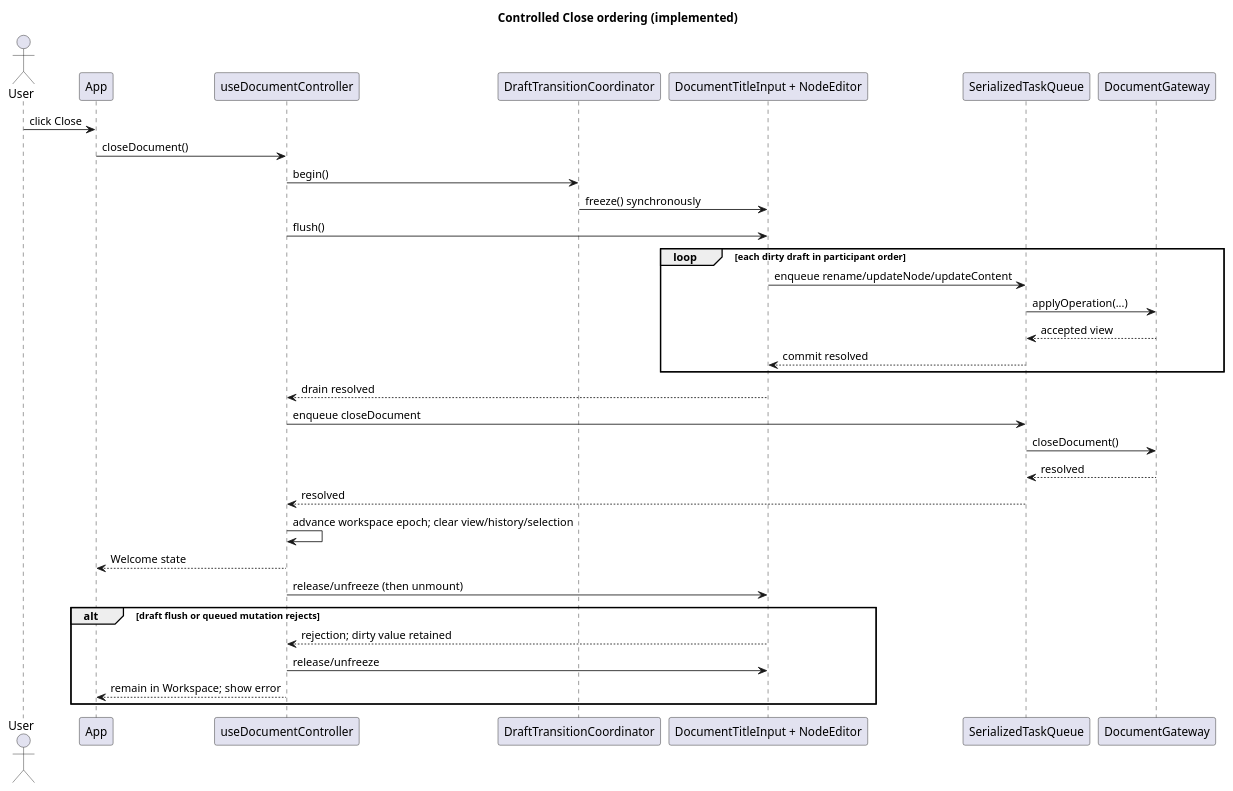
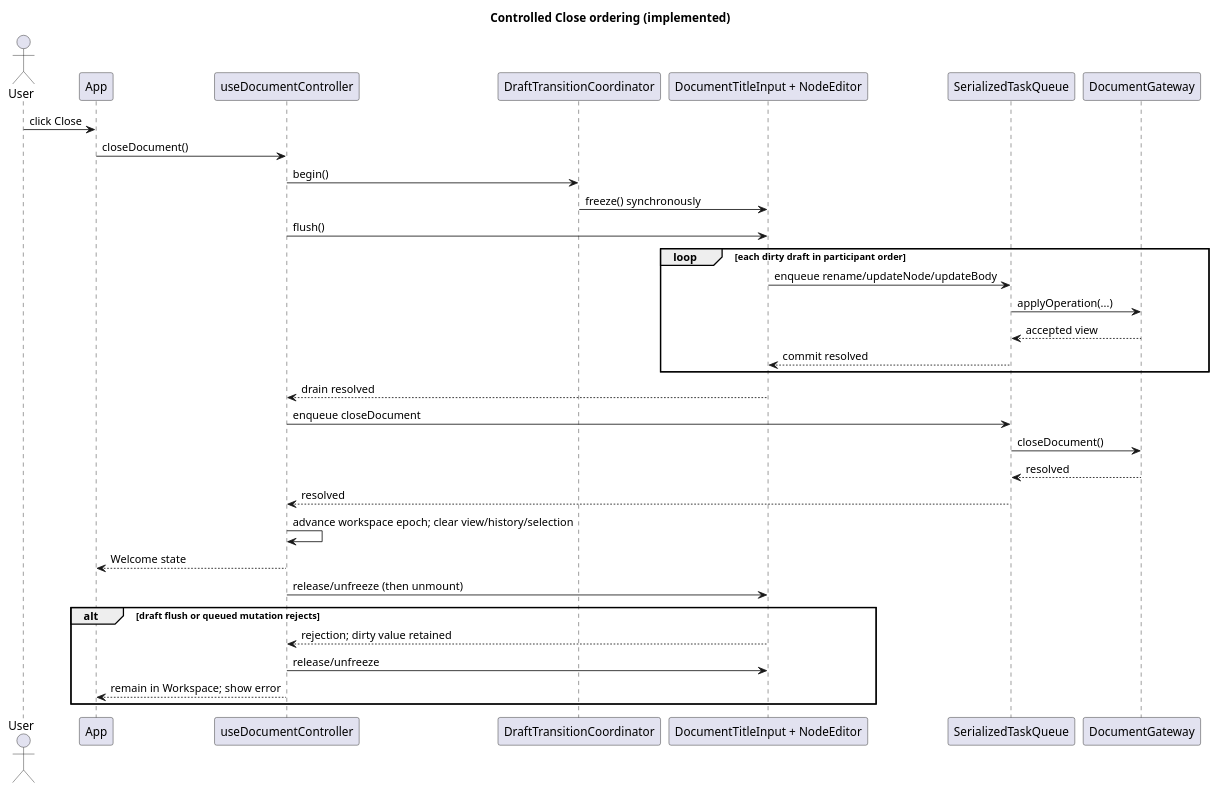
Before and after one commit to benoit-gl/coedit: diagram 11 of 13 in docs/SEQUENCE_DIAGRAMS.md, drawn with PlantUML. The commit also changed other lines of this file and 28 other files, not shown here.

Commit message:
removed summary; each node now only has title+body

````diff
--- a/docs/SEQUENCE_DIAGRAMS.md
+++ b/docs/SEQUENCE_DIAGRAMS.md
@@ -659,38 +659,38 @@
 ```plantuml
 @startuml
 title Controlled Close ordering (implemented)
 actor User
 participant App
 participant useDocumentController as Controller
 participant DraftTransitionCoordinator as Drafts
 participant "DocumentTitleInput + NodeEditor" as Participants
 participant SerializedTaskQueue as Queue
 participant DocumentGateway as Gateway
 
 User -> App : click Close
 App -> Controller : closeDocument()
 Controller -> Drafts : begin()
 Drafts -> Participants : freeze() synchronously
 Controller -> Participants : flush()
 loop each dirty draft in participant order
-  Participants -> Queue : enqueue rename/updateNode/updateContent
+  Participants -> Queue : enqueue rename/updateNode/updateBody
   Queue -> Gateway : applyOperation(...)
   Gateway --> Queue : accepted view
   Queue --> Participants : commit resolved
 end
 Participants --> Controller : drain resolved
 Controller -> Queue : enqueue closeDocument
 Queue -> Gateway : closeDocument()
 Gateway --> Queue : resolved
 Queue --> Controller : resolved
 Controller -> Controller : advance workspace epoch; clear view/history/selection
 Controller --> App : Welcome state
 Controller -> Participants : release/unfreeze (then unmount)
 
 alt draft flush or queued mutation rejects
   Participants --> Controller : rejection; dirty value retained
   Controller -> Participants : release/unfreeze
   Controller --> App : remain in Workspace; show error
 end
 @enduml
 ```
````
